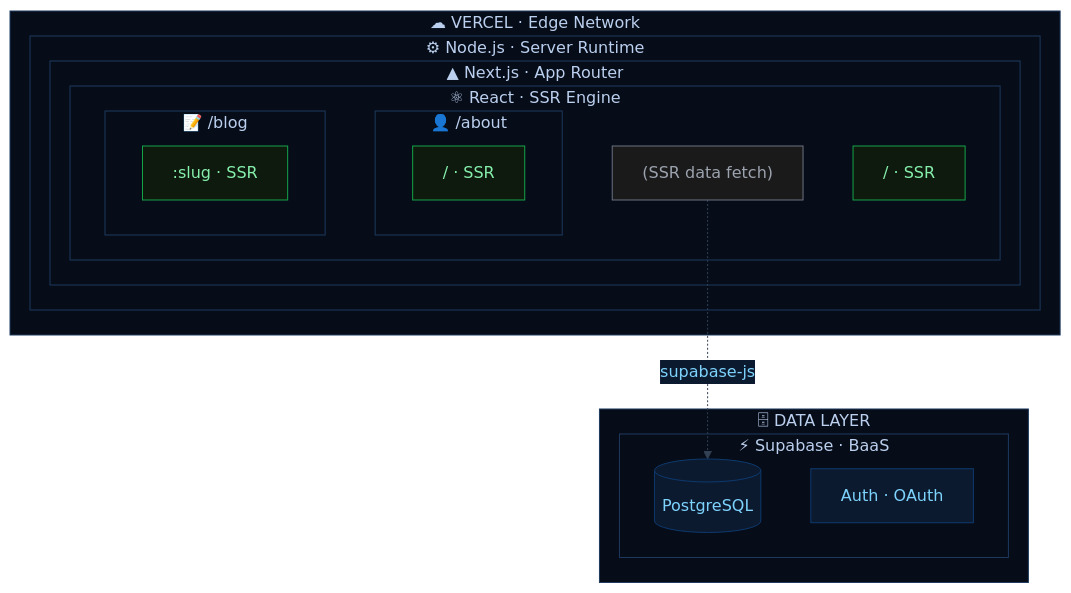
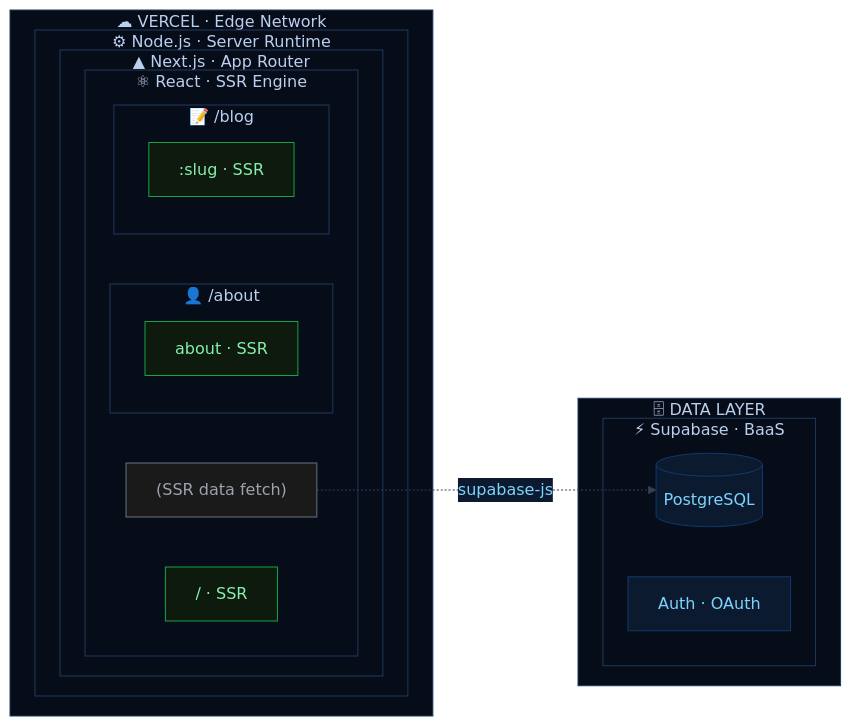
One commit to cubha/codesight changed the diagram in fixtures/mini-next-app/.codebase-viz/rendering.md. Above: the diagram before and after it, drawn with Mermaid. The commit also changed 22 other files, not shown here.

````diff
--- a/fixtures/mini-next-app/.codebase-viz/rendering.md
+++ b/fixtures/mini-next-app/.codebase-viz/rendering.md
@@ -3,33 +3,36 @@
 ```mermaid
-%%{init:{'theme':'base','themeVariables':{'background':'#060810','primaryColor':'#0c1a30','primaryTextColor':'#7dd3fc','primaryBorderColor':'#0e3a6e','edgeLabelBackground':'#0c1a30','lineColor':'#334155','secondaryColor':'#0f172a','clusterBkg':'#060c18','clusterBorder':'#1e3a5f','fontFamily':'JetBrains Mono'}}}%%
-graph TD
+%%{init:{'theme':'base','themeVariables':{'background':'#060810','primaryColor':'#0c1a30','primaryTextColor':'#7dd3fc','primaryBorderColor':'#0e3a6e','edgeLabelBackground':'#0c1a30','lineColor':'#334155','secondaryColor':'#0f172a','clusterBkg':'#060c18','clusterBorder':'#1e3a5f','fontFamily':'JetBrains Mono','fontSize':'14'}}}%%
+graph LR
   classDef ssr fill:#0d1a0d,stroke:#16a34a,color:#86efac
   classDef csr fill:#2d1200,stroke:#c2410c,color:#fb923c
   classDef ssg fill:#1a0d1a,stroke:#7c3aed,color:#c4b5fd
   classDef isr fill:#1a1a0d,stroke:#ca8a04,color:#fde047
   classDef ppr fill:#0d1a2d,stroke:#2563eb,color:#93c5fd
   classDef unk fill:#1a1a1a,stroke:#6b7280,color:#9ca3af
+  classDef pkg fill:#0c1018,stroke:#475569,color:#cbd5e1
+  classDef muted fill:#0a0d14,stroke:#374151,color:#64748b,stroke-dasharray: 3 3
+  classDef hdr fill:#06080f,stroke:#1e3a5f,color:#7dd3fc
   subgraph INFRA["☁ VERCEL · Edge Network"]
     subgraph RUNTIME["⚙ Node.js · Server Runtime"]
       subgraph FRAMEWORK["▲ Next.js · App Router"]
         subgraph REACT["⚛ React · SSR Engine"]
           SSR_FETCH["(SSR data fetch)"]:::unk
           subgraph ABOUT_G["👤 /about"]
-            route_app__marketing__about_page["/ · SSR"]:::ssr
+            route_app__marketing__about_page["about · SSR"]:::ssr
           end
           subgraph BLOG_G["📝 /blog"]
             route_app_blog__slug__page[":slug · SSR"]:::ssr
           end
           route_app_page["/ · SSR"]:::ssr
         end
       end
     end
   end
   subgraph DATALAYER["🗄 DATA LAYER"]
     subgraph SUPABASE_G["⚡ Supabase · BaaS"]
       PG_SB[("PostgreSQL")]
       SB_AUTH["Auth · OAuth"]
     end
   end
   SSR_FETCH -.->|"supabase-js"| PG_SB
 ```
````
